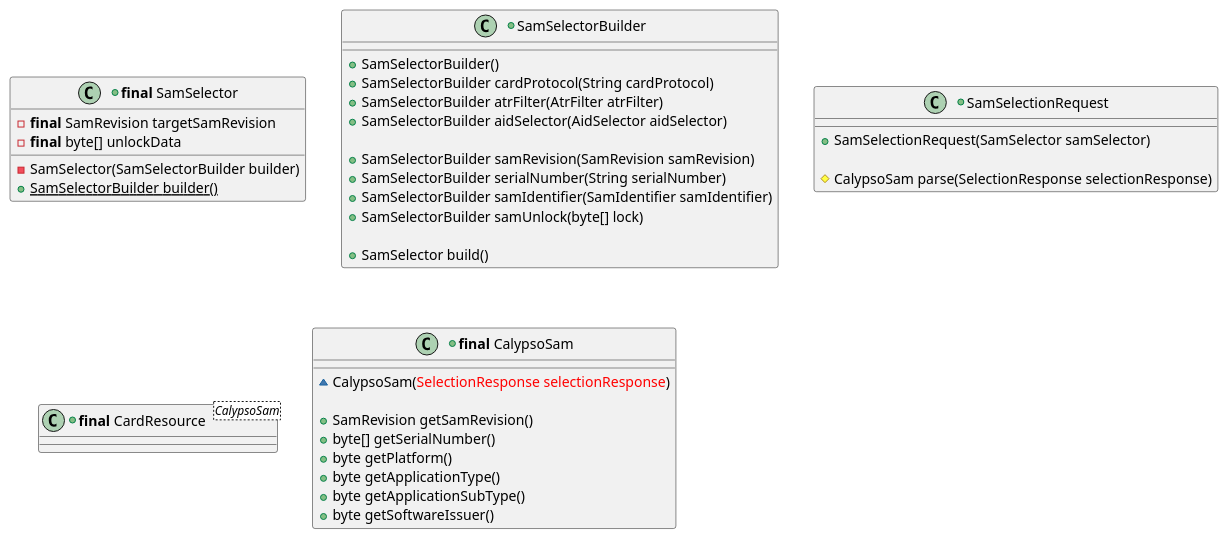
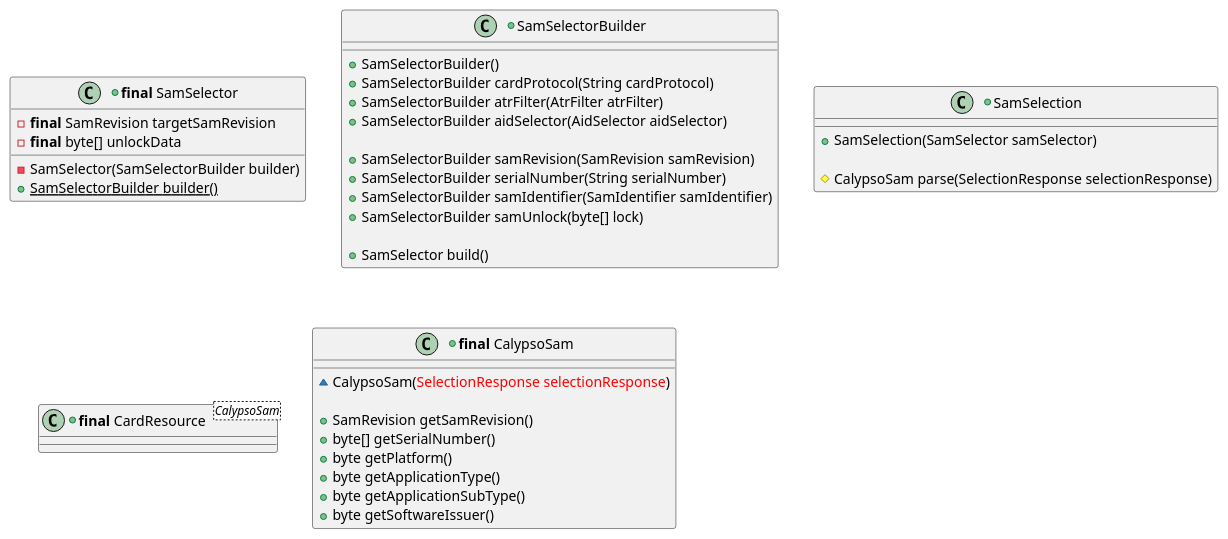
Before and after one commit to calypsonet/keyple: the fourth of 19 diagrams in src/KeypleCalypsoApi/puml/KeypleCalypso_Transaction_ClassDiag_ClassElements.iuml, drawn with PlantUML. The commit also changed other lines of this file and 10 other files, not shown here.

```diff
--- a/src/KeypleCalypsoApi/puml/KeypleCalypso_Transaction_ClassDiag_ClassElements.iuml
+++ b/src/KeypleCalypsoApi/puml/KeypleCalypso_Transaction_ClassDiag_ClassElements.iuml
@@ -67,42 +67,42 @@
 @startuml(id=TRANSACTION_SELECTION_SAM_1_0_0)
 +class "<b>final</b> SamSelector" as SamSelector {
   -<b>final</b> SamRevision targetSamRevision
   -<b>final</b> byte[] unlockData
   -SamSelector(SamSelectorBuilder builder)
   +{static} SamSelectorBuilder builder()
 }
 
 +class SamSelectorBuilder {
   +SamSelectorBuilder()
   +SamSelectorBuilder cardProtocol(String cardProtocol)
   +SamSelectorBuilder atrFilter(AtrFilter atrFilter)
   +SamSelectorBuilder aidSelector(AidSelector aidSelector)
 
   +SamSelectorBuilder samRevision(SamRevision samRevision)
   +SamSelectorBuilder serialNumber(String serialNumber)
   +SamSelectorBuilder samIdentifier(SamIdentifier samIdentifier)
   +SamSelectorBuilder samUnlock(byte[] lock)
 
   +SamSelector build()
 }
 
-+class SamSelectionRequest {
-  +SamSelectionRequest(SamSelector samSelector)
++class SamSelection {
+  +SamSelection(SamSelector samSelector)
 
   #CalypsoSam parse(SelectionResponse selectionResponse)
 }
 
 +class "<b>final</b> CardResource<CalypsoSam>" as SamResource {
 }
 
 +class "<b>final</b> CalypsoSam" as CalypsoSam {
   ~CalypsoSam(<color:red>SelectionResponse selectionResponse</color>)
 
   +SamRevision getSamRevision()
   +byte[] getSerialNumber()
   +byte getPlatform()
   +byte getApplicationType()
   +byte getApplicationSubType()
   +byte getSoftwareIssuer()
 }
 @enduml
```
